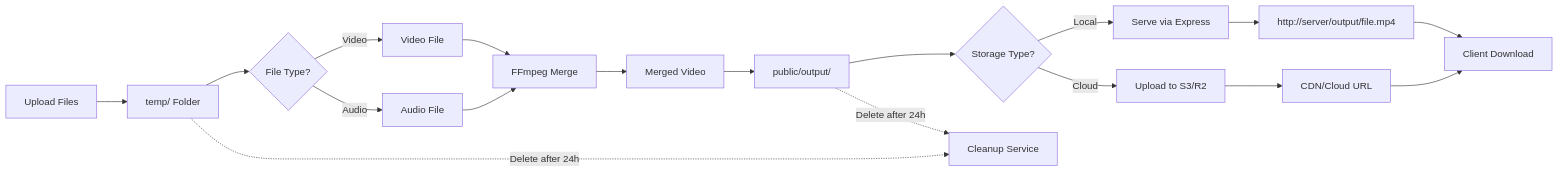
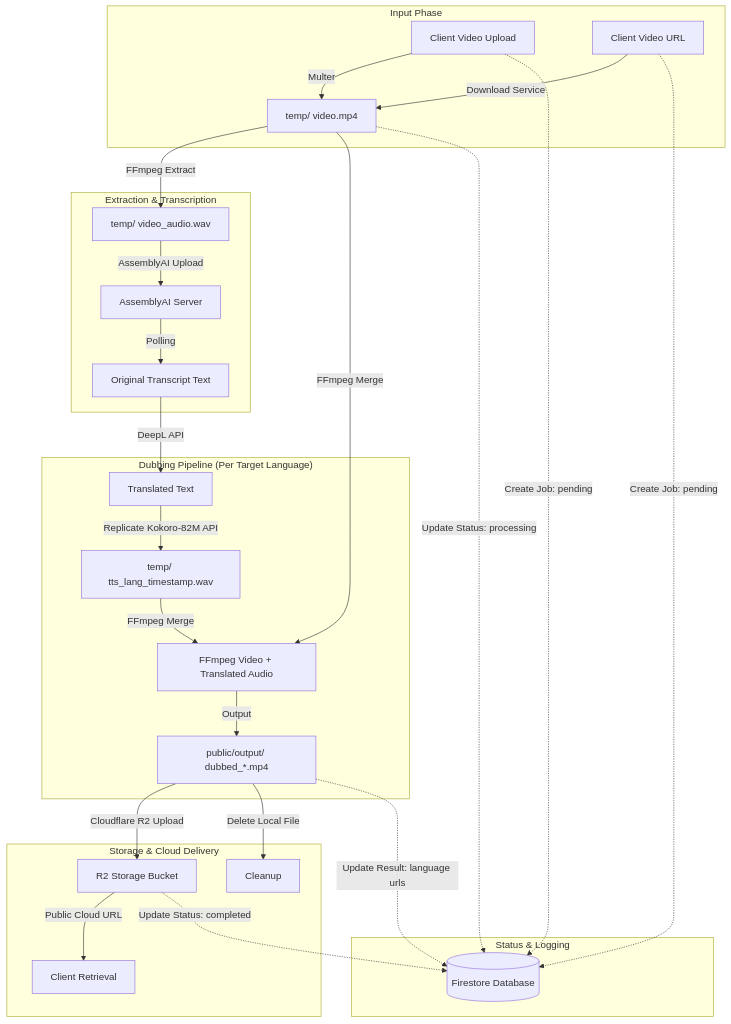
Before and after one commit to Tetsuuya/Audio-Video-Merge-Server: the sixth of 11 diagrams in erd.md, drawn with Mermaid. The commit also changed other lines of this file and 2 other files, not shown here.

````diff
--- a/erd.md
+++ b/erd.md
@@ -178,25 +291,36 @@
 ```mermaid
-flowchart LR
-    A[Upload Files] --> B[temp/ Folder]
-    B --> C{File Type?}
-    C -->|Video| D[Video File]
-    C -->|Audio| E[Audio File]
+flowchart TD
+    subgraph "Input Phase"
+        A1[Client Video Upload] -->|Multer| B1[temp/ video.mp4]
+        A2[Client Video URL] -->|Download Service| B1[temp/ video.mp4]
+    end
     
-    D --> F[FFmpeg Merge]
-    E --> F
-    
-    F --> G[Merged Video]
-    G --> H[public/output/]
-    
-    H --> I{Storage Type?}
-    I -->|Local| J[Serve via Express]
-    I -->|Cloud| K[Upload to S3/R2]
-    
-    B -.Delete after 24h.-> L[Cleanup Service]
-    H -.Delete after 24h.-> L
-    
-    K --> M[CDN/Cloud URL]
-    J --> N[http://server/output/file.mp4]
-    M --> O[Client Download]
-    N --> O
+    subgraph "Extraction & Transcription"
+        B1 -->|FFmpeg Extract| C1[temp/ video_audio.wav]
+        C1 -->|AssemblyAI Upload| C2[AssemblyAI Server]
+        C2 -->|Polling| C3[Original Transcript Text]
+    end
+
+    subgraph "Dubbing Pipeline (Per Target Language)"
+        C3 -->|DeepL API| D1[Translated Text]
+        D1 -->|Replicate Kokoro-82M API| D2[temp/ tts_lang_timestamp.wav]
+        B1 -->|FFmpeg Merge| D3[FFmpeg Video + Translated Audio]
+        D2 -->|FFmpeg Merge| D3
+        D3 -->|Output| D4[public/output/ dubbed_*.mp4]
+    end
+
+    subgraph "Storage & Cloud Delivery"
+        D4 -->|Cloudflare R2 Upload| E1[R2 Storage Bucket]
+        E1 -->|Public Cloud URL| E2[Client Retrieval]
+        D4 -->|Delete Local File| E3[Cleanup]
+    end
+
+    subgraph "Status & Logging"
+        F1[(Firestore Database)]
+        A1 -.->|Create Job: pending| F1
+        A2 -.->|Create Job: pending| F1
+        B1 -.->|Update Status: processing| F1
+        D4 -.->|Update Result: language urls| F1
+        E1 -.->|Update Status: completed| F1
+    end
 ```
````
